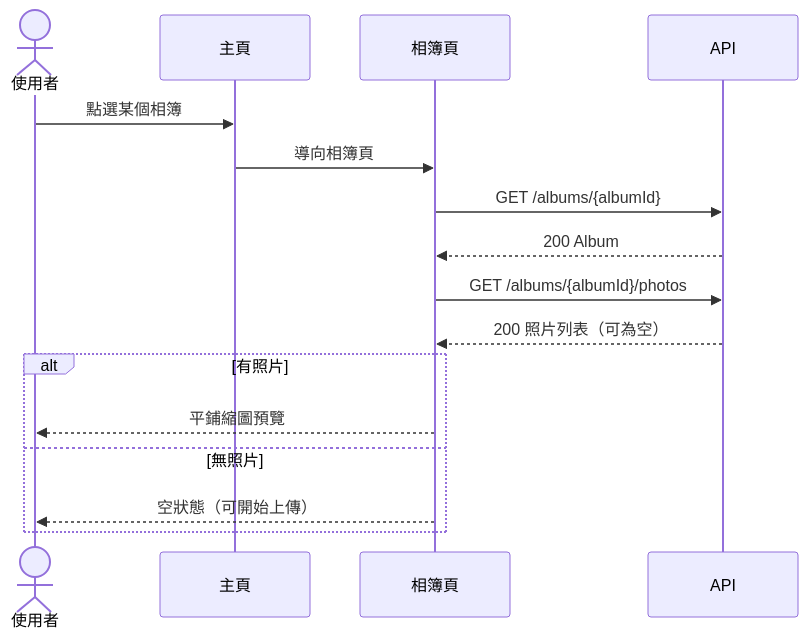
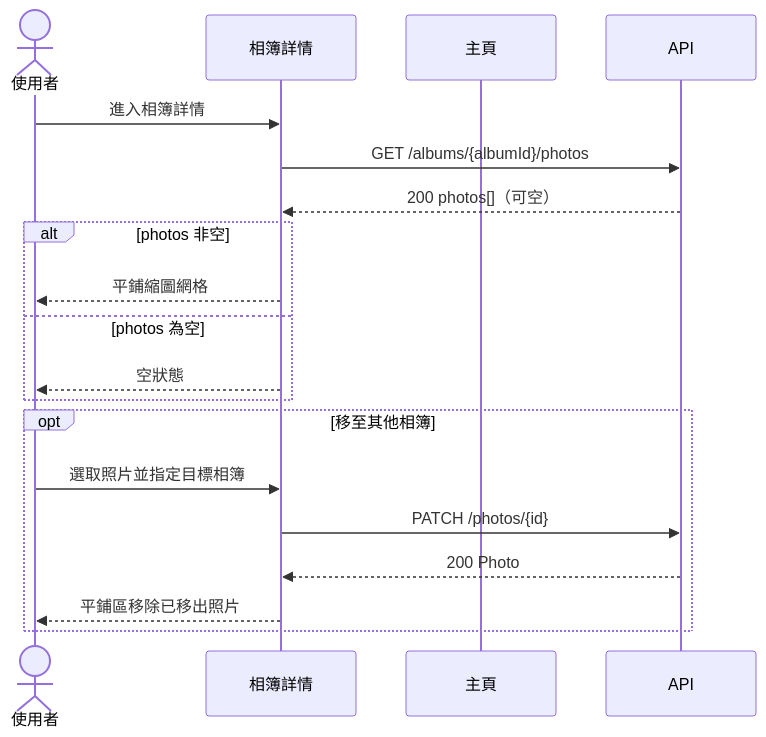
The fourth of 7 diagrams in specs/001-photo-albums/system-analyze/ui-plan.md (Waterball-Limited-Company/Jochu-lv1-training-course), drawn with Mermaid before and after one commit. The commit also changed other lines of this file and 54 other files, not shown here.

````diff
--- a/specs/001-photo-albums/system-analyze/ui-plan.md
+++ b/specs/001-photo-albums/system-analyze/ui-plan.md
@@ -97,19 +95,23 @@
 ```mermaid
 sequenceDiagram
     actor U as 使用者
+    participant Album as 相簿詳情
     participant Home as 主頁
-    participant Album as 相簿頁
     participant API as API
 
-    U->>Home: 點選某個相簿
-    Home->>Album: 導向相簿頁
-    Album->>API: GET /albums/{albumId}
-    API-->>Album: 200 Album
+    U->>Album: 進入相簿詳情
     Album->>API: GET /albums/{albumId}/photos
-    API-->>Album: 200 照片列表（可為空）
-    alt 有照片
-        Album-->>U: 平鋪縮圖預覽
-    else 無照片
-        Album-->>U: 空狀態（可開始上傳）
+    API-->>Album: 200 photos[]（可空）
+    alt photos 非空
+        Album-->>U: 平鋪縮圖網格
+    else photos 為空
+        Album-->>U: 空狀態
+    end
+
+    opt 移至其他相簿
+        U->>Album: 選取照片並指定目標相簿
+        Album->>API: PATCH /photos/{id}
+        API-->>Album: 200 Photo
+        Album-->>U: 平鋪區移除已移出照片
     end
 ```
````
